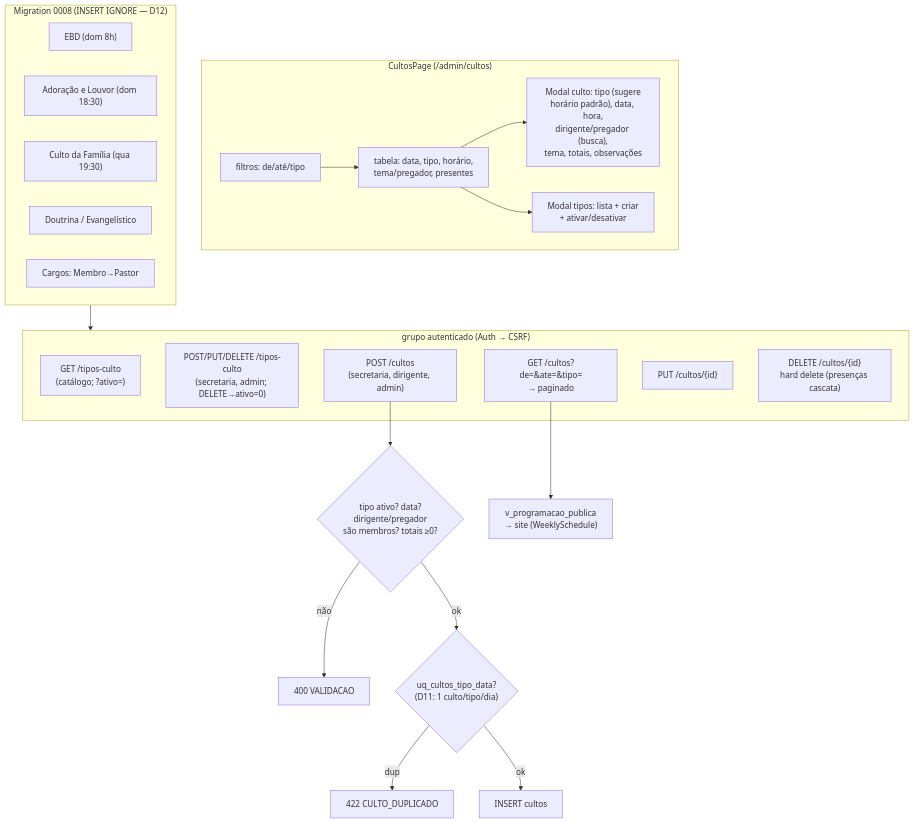
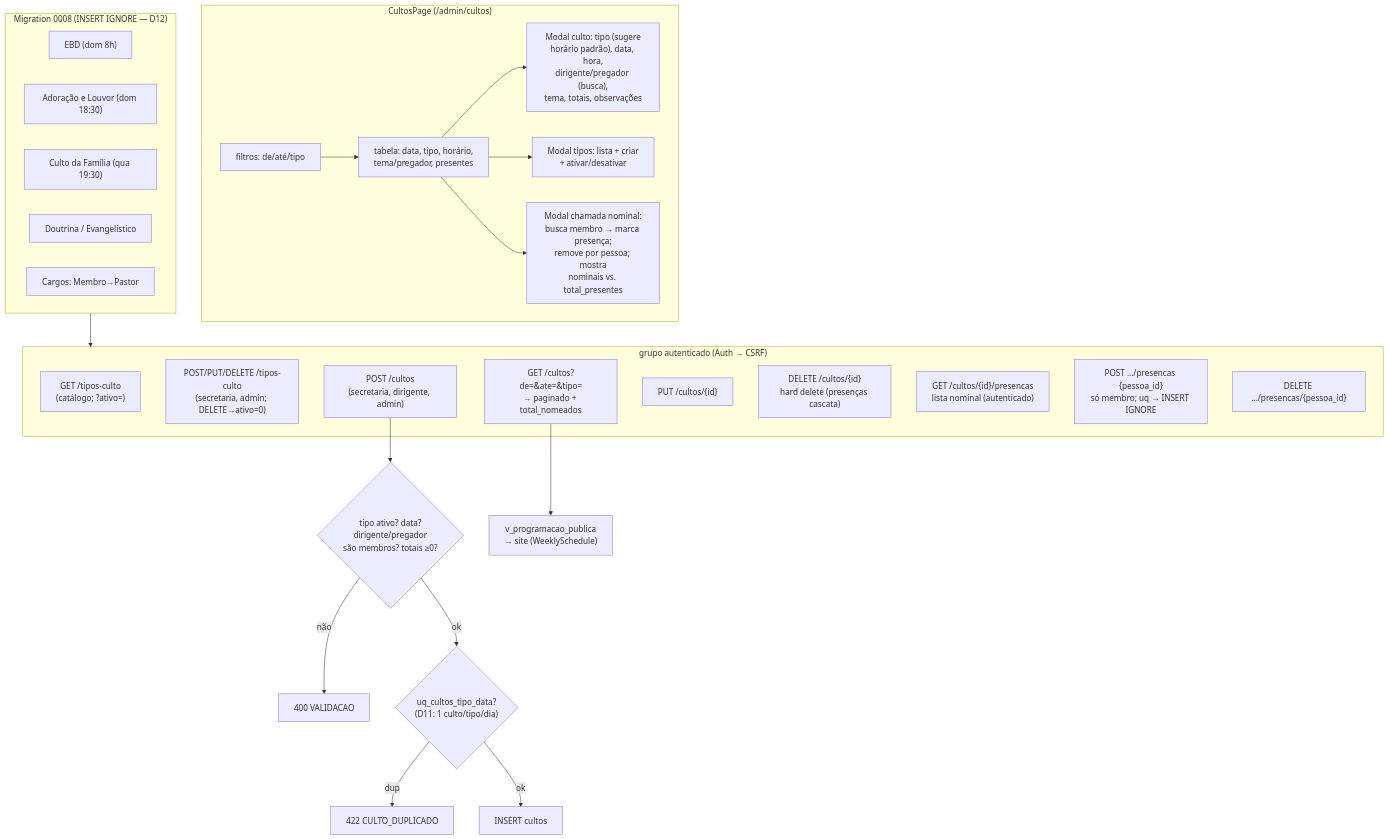
Before and after one commit to adab-218/siteadab: the diagram in dev/docs/diagramas/cultos.mmd, drawn with Mermaid. The commit also changed 8 other files, not shown here.

First line of the commit message:
feat: chamada nominal de cultos (culto_presencas)

```diff
--- a/dev/docs/diagramas/cultos.mmd
+++ b/dev/docs/diagramas/cultos.mmd
@@ -1,38 +1,42 @@
-%% M3 Cultos — revisado em 2026-10-21
-%% Fonte: api/index.php, api/src/Controllers/CultosController.php,
+%% M3 Cultos — revisado em 2026-10-22
+%% Fonte: api/src/App.php, api/src/Controllers/CultosController.php,
 %%        api/src/Repositories/CultoRepository.php,
 %%        api/migrations/0002+0008, src/pages/admin/CultosPage.tsx
 flowchart TD
     subgraph ROTAS["grupo autenticado (Auth → CSRF)"]
         GT["GET /tipos-culto<br/>(catálogo; ?ativo=)"]
         CT["POST/PUT/DELETE /tipos-culto<br/>(secretaria, admin; DELETE→ativo=0)"]
-        GL["GET /cultos?de=&ate=&tipo=<br/>→ paginado"]
+        GL["GET /cultos?de=&ate=&tipo=<br/>→ paginado + total_nomeados"]
         PC["POST /cultos<br/>(secretaria, dirigente, admin)"]
         PU["PUT /cultos/{id}"]
         PD["DELETE /cultos/{id}<br/>hard delete (presenças cascata)"]
+        GP["GET /cultos/{id}/presencas<br/>lista nominal (autenticado)"]
+        PP["POST …/presencas {pessoa_id}<br/>só membro; uq → INSERT IGNORE"]
+        RP["DELETE …/presencas/{pessoa_id}"]
     end
 
     PC --> VAL{"tipo ativo? data?<br/>dirigente/pregador<br/>são membros? totais ≥0?"}
     VAL -- não --> E400["400 VALIDACAO"]
     VAL -- ok --> UQ{"uq_cultos_tipo_data?<br/>(D11: 1 culto/tipo/dia)"}
     UQ -- dup --> E422["422 CULTO_DUPLICADO"]
     UQ -- ok --> INS["INSERT cultos"]
 
     subgraph FE["CultosPage (/admin/cultos)"]
         FILT["filtros: de/até/tipo"]
         LISTA["tabela: data, tipo, horário,<br/>tema/pregador, presentes"]
         FORM["Modal culto: tipo (sugere<br/>horário padrão), data, hora,<br/>dirigente/pregador (busca),<br/>tema, totais, observações"]
         TIPOS["Modal tipos: lista + criar<br/>+ ativar/desativar"]
-        FILT --> LISTA --> FORM & TIPOS
+        CHAMADA["Modal chamada nominal:<br/>busca membro → marca presença;<br/>remove por pessoa; mostra<br/>nominais vs. total_presentes"]
+        FILT --> LISTA --> FORM & TIPOS & CHAMADA
     end
 
     subgraph SEED["Migration 0008 (INSERT IGNORE — D12)"]
         T1["EBD (dom 8h)"]
         T2["Adoração e Louvor (dom 18:30)"]
         T3["Culto da Família (qua 19:30)"]
         T4["Doutrina / Evangelístico"]
         C1["Cargos: Membro→Pastor"]
     end
     SEED --> ROTAS
 
     GL --> SITE["v_programacao_publica<br/>→ site (WeeklySchedule)"]
```
